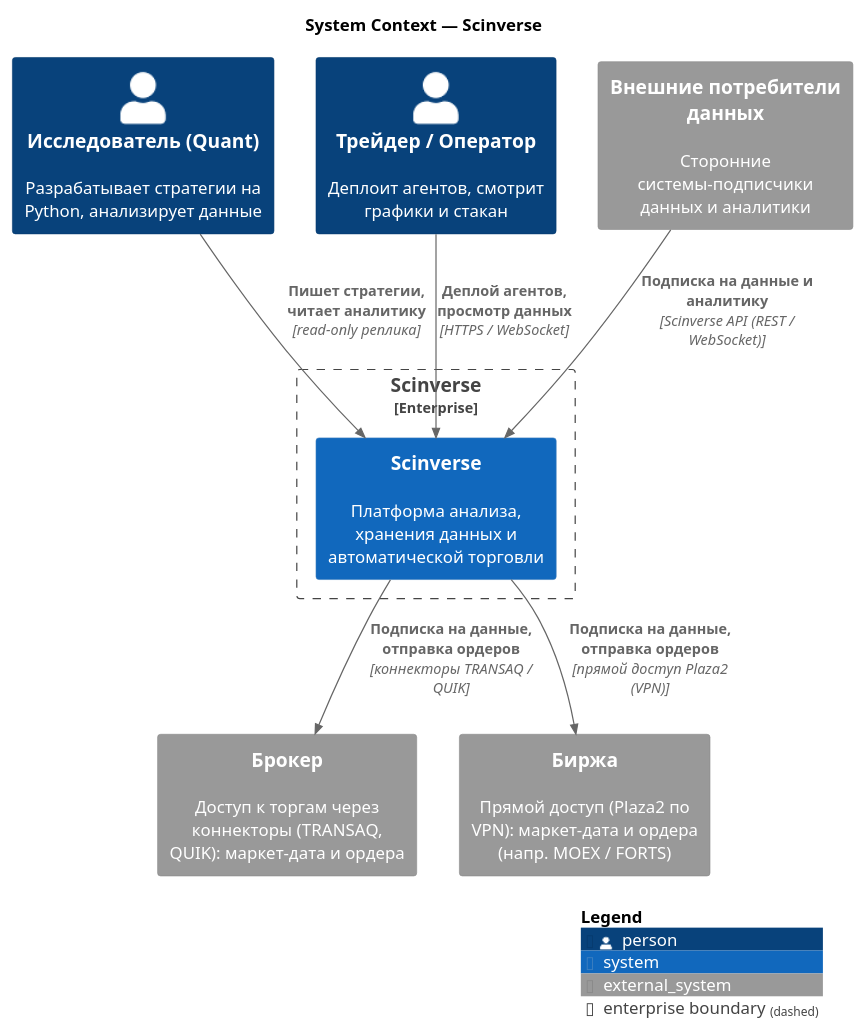
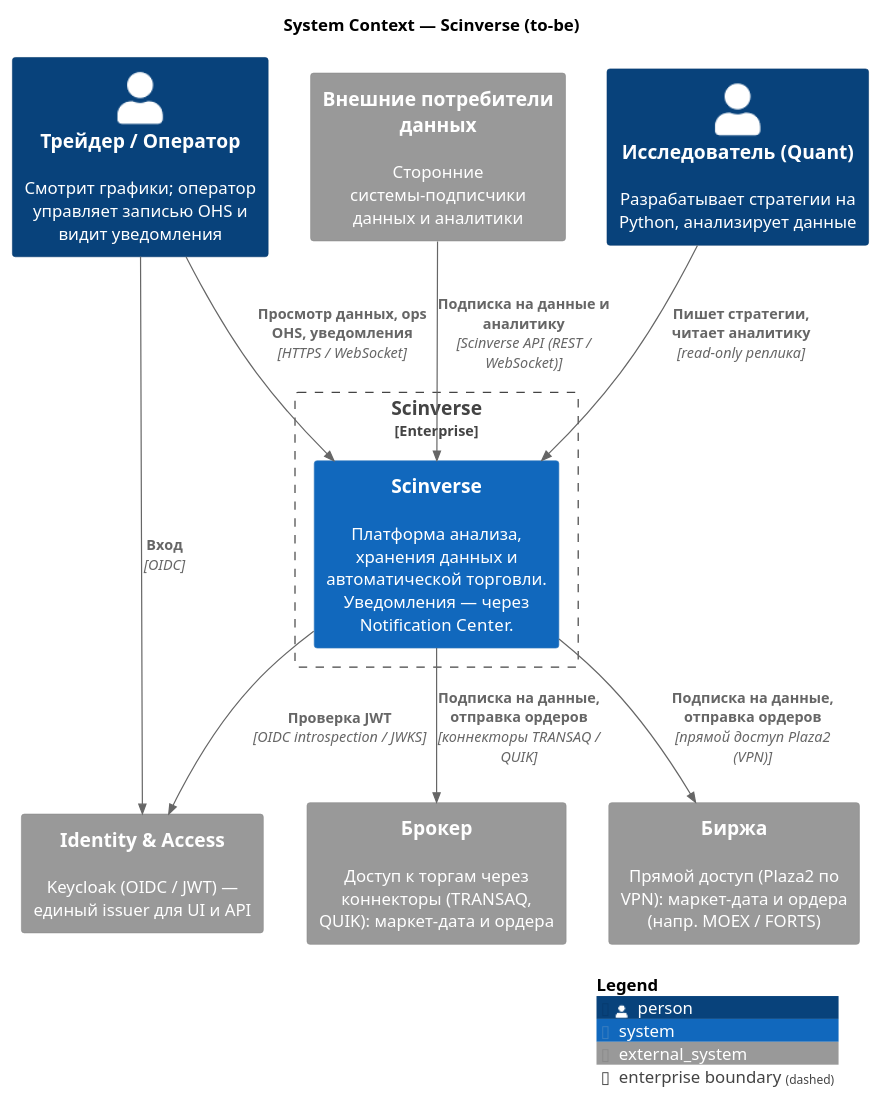
Before and after one commit to vbobroff-app/scinverse: the diagram in docs/architecture/c4/context.puml, drawn with PlantUML. The commit also changed 10 other files, not shown here.

First line of the commit message:
docs(arch): to-be C4 with NC, dual fronts, Keycloak; gate before WebGL

```diff
--- a/docs/architecture/c4/context.puml
+++ b/docs/architecture/c4/context.puml
@@ -1,27 +1,30 @@
 @startuml Scinverse_Context
-' C4 Level 1 — System Context
-' Рендер: PlantUML server (настроен в settings.json). C4-PlantUML — из встроенной stdlib.
+' C4 Level 1 — System Context (to-be)
+' C4 stdlib (нужен PlantUML ≥ 1.2023; jar: tools/plantuml — см. arch.md §5).
 !include <C4/C4_Context>
 
-title System Context — Scinverse
+title System Context — Scinverse (to-be)
 
 Person(quant,  "Исследователь (Quant)", "Разрабатывает стратегии на Python, анализирует данные")
-Person(trader, "Трейдер / Оператор",    "Деплоит агентов, смотрит графики и стакан")
+Person(trader, "Трейдер / Оператор",    "Смотрит графики; оператор управляет записью OHS и видит уведомления")
 
 Enterprise_Boundary(scinverse_b, "Scinverse") {
-    System(scinverse, "Scinverse", "Платформа анализа, хранения данных и автоматической торговли")
+    System(scinverse, "Scinverse", "Платформа анализа, хранения данных и автоматической торговли. Уведомления — через Notification Center.")
 }
 
 System_Ext(broker,   "Брокер", "Доступ к торгам через коннекторы (TRANSAQ, QUIK): маркет-дата и ордера")
 System_Ext(exchange, "Биржа",  "Прямой доступ (Plaza2 по VPN): маркет-дата и ордера (напр. MOEX / FORTS)")
+System_Ext(iam,      "Identity & Access", "Keycloak (OIDC / JWT) — единый issuer для UI и API")
 System_Ext(consumer, "Внешние потребители данных", "Сторонние системы-подписчики данных и аналитики")
 
 Rel(quant,  scinverse, "Пишет стратегии, читает аналитику", "read-only реплика")
-Rel(trader, scinverse, "Деплой агентов, просмотр данных", "HTTPS / WebSocket")
+Rel(trader, scinverse, "Просмотр данных, ops OHS, уведомления", "HTTPS / WebSocket")
+Rel(trader, iam, "Вход", "OIDC")
 
 Rel(scinverse, broker,   "Подписка на данные, отправка ордеров", "коннекторы TRANSAQ / QUIK")
 Rel(scinverse, exchange, "Подписка на данные, отправка ордеров", "прямой доступ Plaza2 (VPN)")
+Rel(scinverse, iam,      "Проверка JWT", "OIDC introspection / JWKS")
 Rel(consumer, scinverse, "Подписка на данные и аналитику", "Scinverse API (REST / WebSocket)")
 
 SHOW_LEGEND()
 @enduml
```
